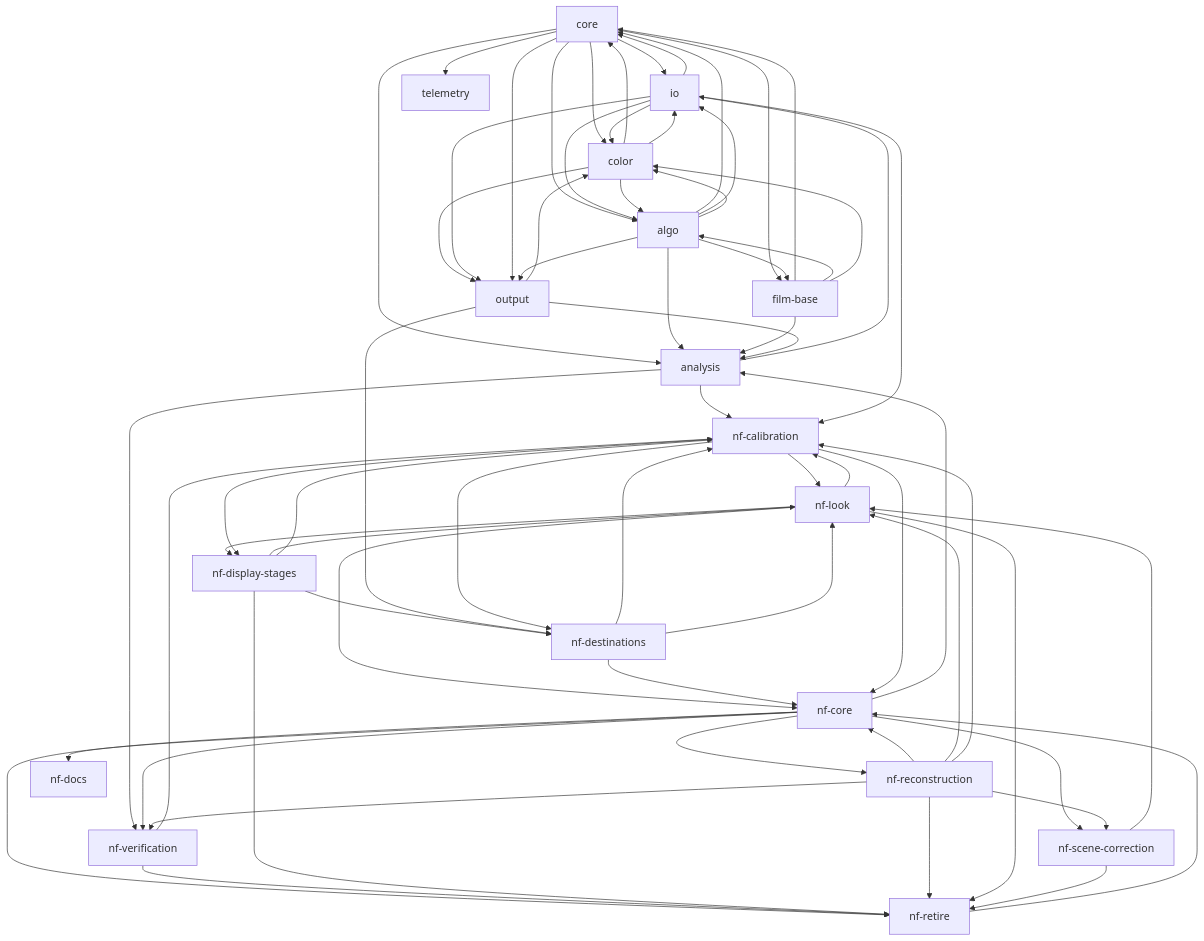
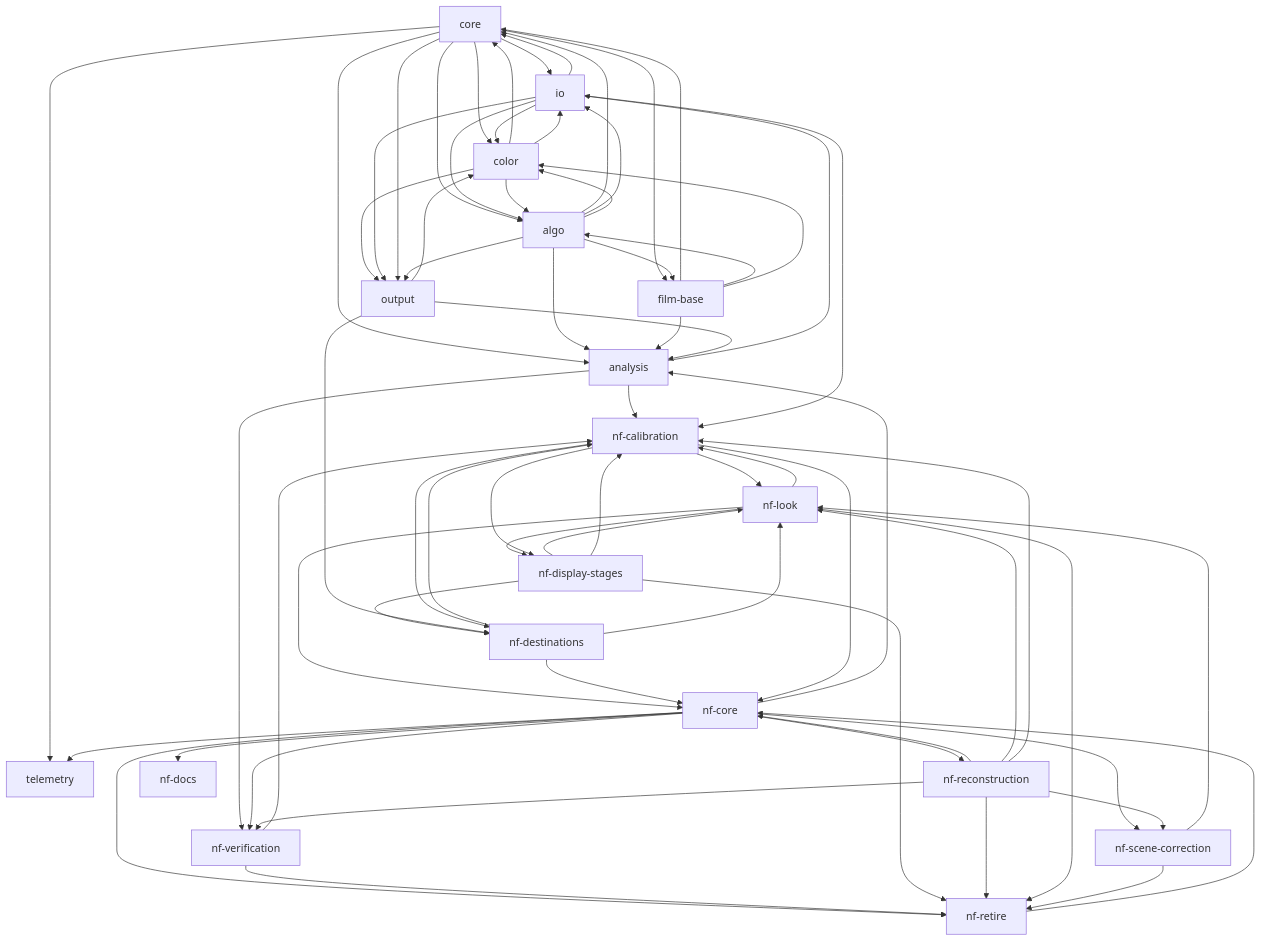
Before and after one commit to lix42/hanten: the first of 2 diagrams in docs/TASKS.md, drawn with Mermaid. The commit also changed other lines of this file and 5 other files, not shown here.

First line of the commit message:
Block telemetry/schema-v2 on nf-core/report-contract; never upload legacy records

````diff
--- a/docs/TASKS.md
+++ b/docs/TASKS.md
@@ -179,4 +179,5 @@
   nf-scene-correction --> nf-retire
   nf-core --> nf-docs
   nf-core --> analysis
+  nf-core --> telemetry
 ```
````
